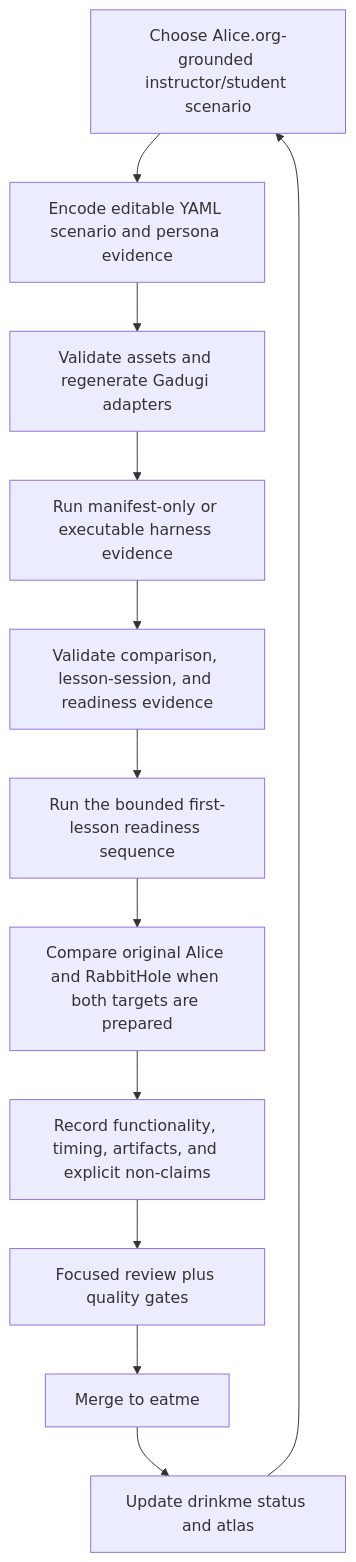
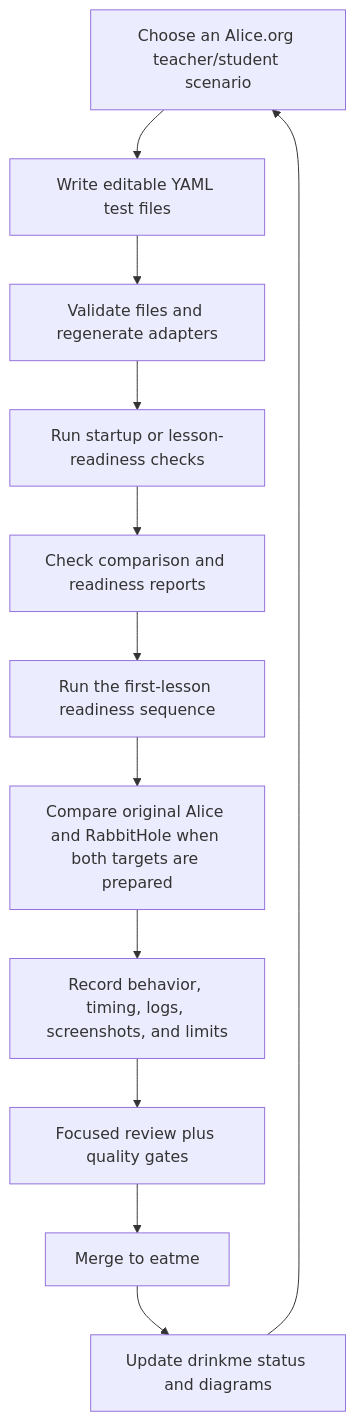
The sixth of 6 diagrams in README.md (rysweet/drinkme), drawn with Mermaid before and after one commit. The commit also changed other lines of this file, not shown here.

First line of the commit message:
Make README status language plainer

````diff
--- a/README.md
+++ b/README.md
@@ -119,14 +131,14 @@
 ```mermaid
 flowchart TD
-  A["Choose Alice.org-grounded instructor/student scenario"] --> Y["Encode editable YAML scenario and persona evidence"]
-  Y --> G["Validate assets and regenerate Gadugi adapters"]
-  G --> H["Run manifest-only or executable harness evidence"]
-  H --> L["Validate comparison, lesson-session, and readiness evidence"]
-  L --> Q["Run the bounded first-lesson readiness sequence"]
+  A["Choose an Alice.org teacher/student scenario"] --> Y["Write editable YAML test files"]
+  Y --> G["Validate files and regenerate adapters"]
+  G --> H["Run startup or lesson-readiness checks"]
+  H --> L["Check comparison and readiness reports"]
+  L --> Q["Run the first-lesson readiness sequence"]
   Q --> C["Compare original Alice and RabbitHole when both targets are prepared"]
-  C --> B["Record functionality, timing, artifacts, and explicit non-claims"]
+  C --> B["Record behavior, timing, logs, screenshots, and limits"]
   B --> R["Focused review plus quality gates"]
   R --> M["Merge to eatme"]
-  M --> S["Update drinkme status and atlas"]
+  M --> S["Update drinkme status and diagrams"]
   S --> A
 ```
````
